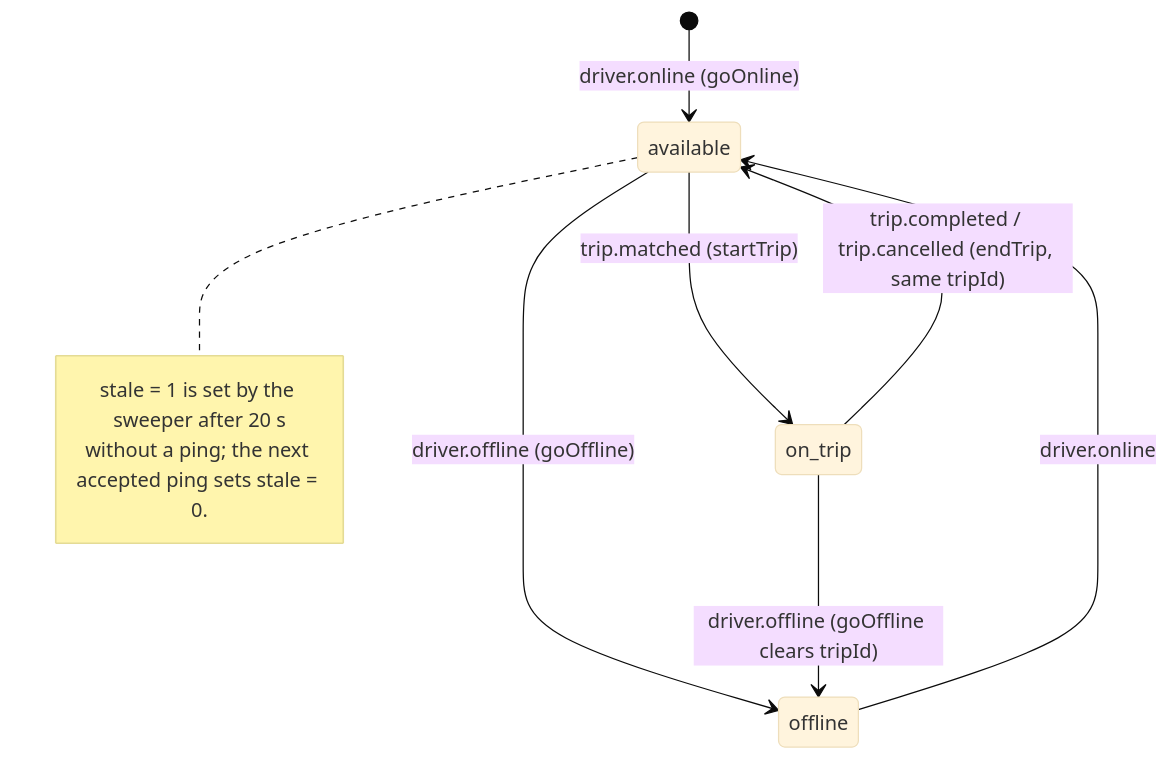
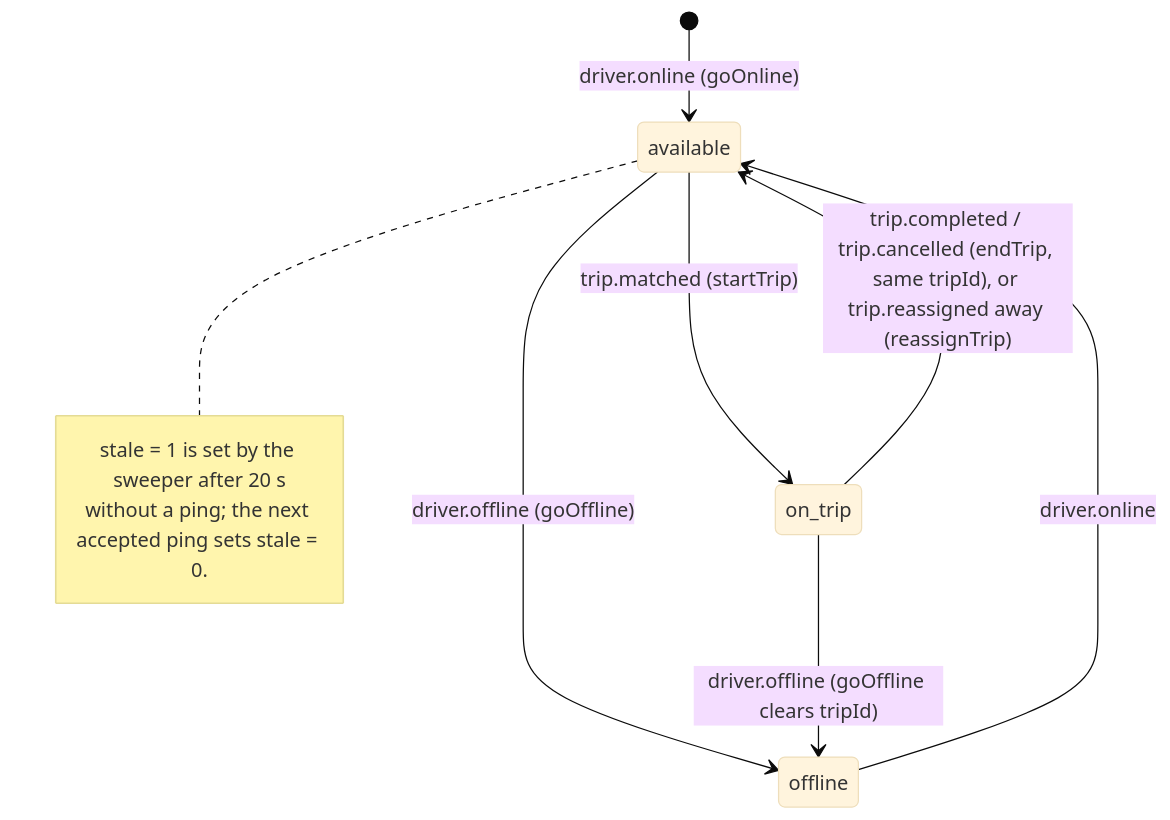
One commit to beab1212/Anbessa changed the diagram in services/location-service/docs/architecture.md. Above: the diagram before and after it, drawn with Mermaid (base theme). The commit also changed other lines of this file and 6 other files, not shown here.

Commit message:
location-service: let fleet owners and billing companies follow their trips' drivers, and consume trip.reassigned so the rider's map switches to the new driver.

````diff
--- a/services/location-service/docs/architecture.md
+++ b/services/location-service/docs/architecture.md
@@ -48,13 +48,13 @@
 ```mermaid
 stateDiagram-v2
   [*] --> available: driver.online (goOnline)
   available --> on_trip: trip.matched (startTrip)
-  on_trip --> available: trip.completed / trip.cancelled (endTrip, same tripId)
+  on_trip --> available: trip.completed / trip.cancelled (endTrip, same tripId), or trip.reassigned away (reassignTrip)
   available --> offline: driver.offline (goOffline)
   on_trip --> offline: driver.offline (goOffline clears tripId)
   offline --> available: driver.online
   note right of available
     stale = 1 is set by the sweeper after 20 s
     without a ping; the next accepted ping sets stale = 0.
   end note
 ```
````
